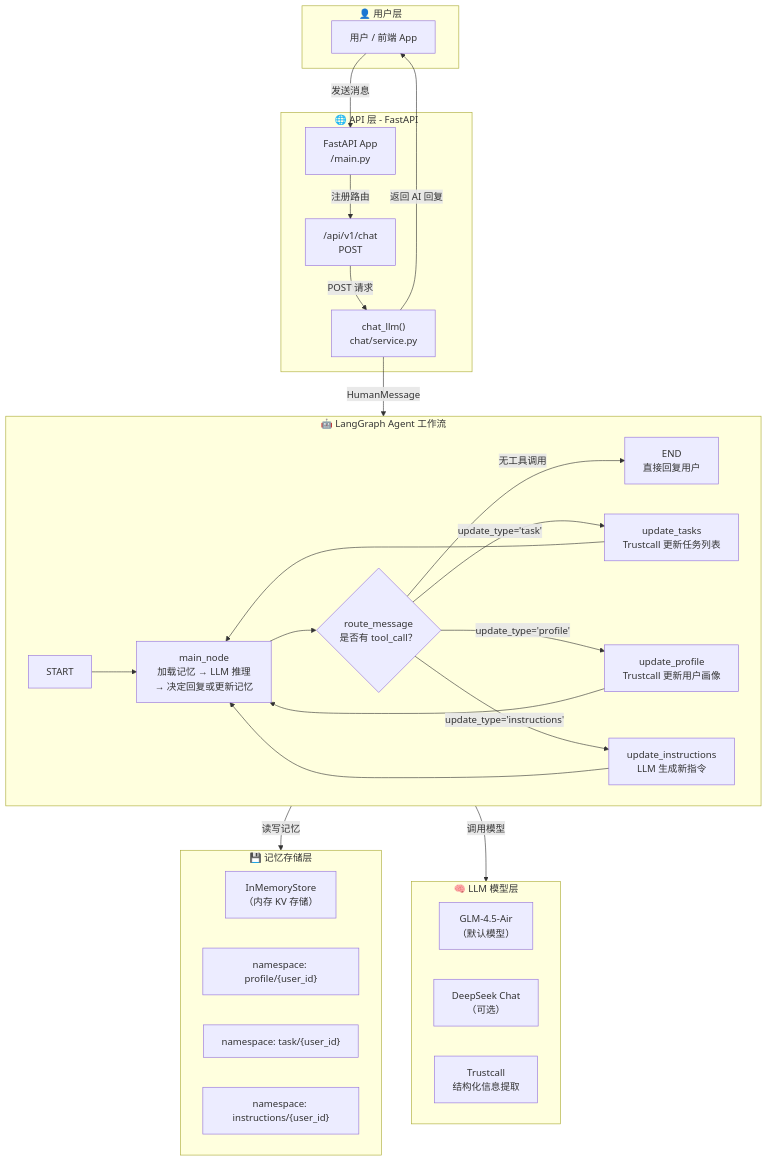
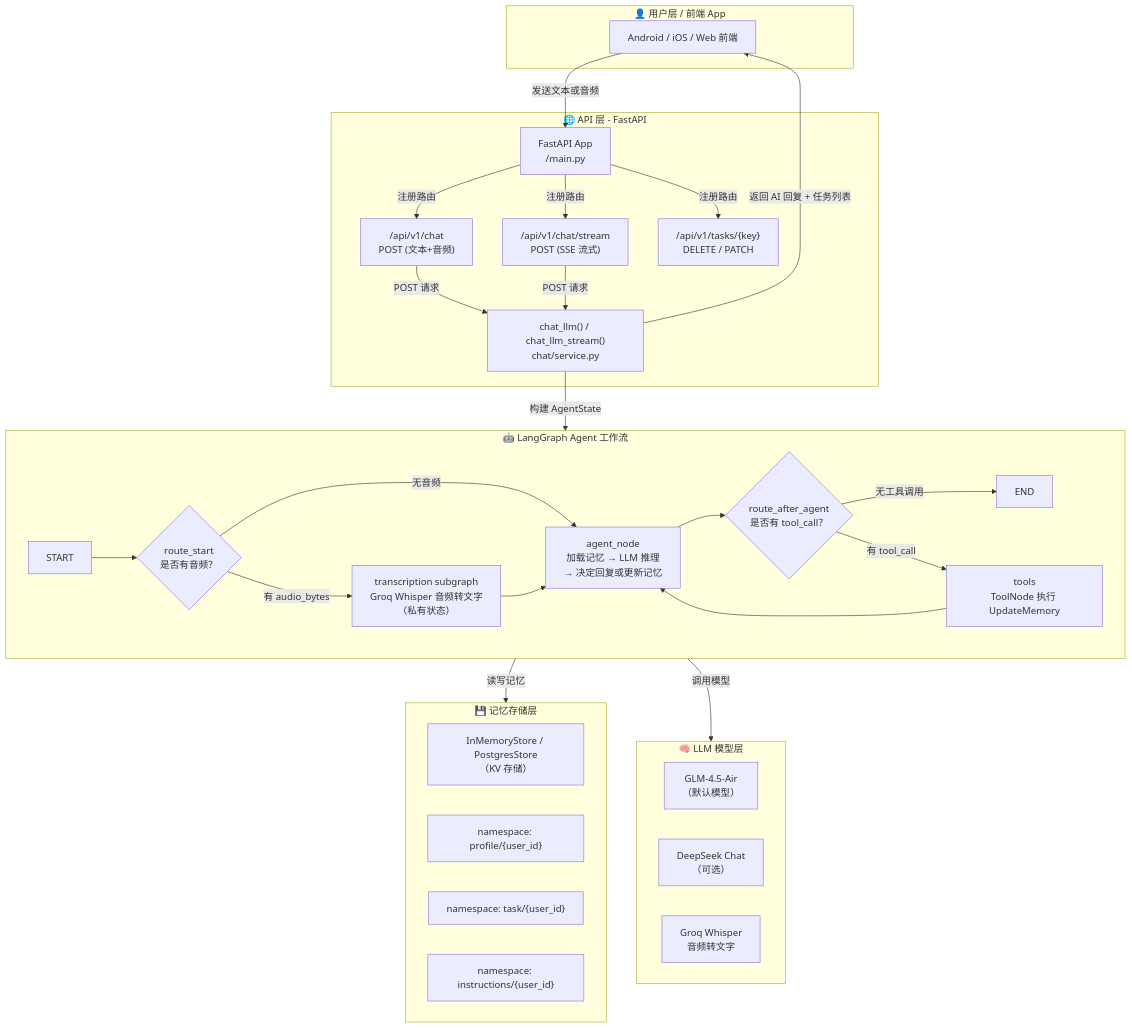
Before and after one commit to Jiangshan2128/langgraph-toolcall-mcp-backend: the diagram in 项目工作流程说明.md, drawn with Mermaid. The commit also changed other lines of this file and 16 other files, not shown here.

Commit message:
add audio transcription

````diff
--- a/项目工作流程说明.md
+++ b/项目工作流程说明.md
@@ -64,48 +68,57 @@
 ```mermaid
 flowchart TB
-    subgraph 用户层["👤 用户层"]
-        User["用户 / 前端 App"]
+    subgraph 用户层["👤 用户层 / 前端 App"]
+        User["Android / iOS / Web 前端"]
     end
 
     subgraph API层["🌐 API 层 - FastAPI"]
         MainRouter["FastAPI App\n/main.py"]
-        ChatRouter["/api/v1/chat\nPOST"]
-        ChatService["chat_llm()\nchat/service.py"]
+        ChatRouter["/api/v1/chat\nPOST (文本+音频)"]
+        ChatRouter2["/api/v1/chat/stream\nPOST (SSE 流式)"]
+        TaskRouter["/api/v1/tasks/{key}\nDELETE / PATCH"]
+        ChatService["chat_llm() / chat_llm_stream()\nchat/service.py"]
     end
 
     subgraph Agent层["🤖 LangGraph Agent 工作流"]
-        START["START"] --> MainNode["main_node\n加载记忆 → LLM 推理\n→ 决定回复或更新记忆"]
-        
-        MainNode --> Route{"route_message\n是否有 tool_call？"}
-        
-        Route -- "无工具调用" --> END["END\n直接回复用户"]
-        Route -- "update_type='task'" --> UpdateTasks["update_tasks\nTrustcall 更新任务列表"]
-        Route -- "update_type='profile'" --> UpdateProfile["update_profile\nTrustcall 更新用户画像"]
-        Route -- "update_type='instructions'" --> UpdateInstructions["update_instructions\nLLM 生成新指令"]
-        
-        UpdateTasks --> MainNode
-        UpdateProfile --> MainNode
-        UpdateInstructions --> MainNode
+        START["START"]
+        RouteStart{"route_start\n是否有音频？"}
+        Transcription["transcription subgraph\nGroq Whisper 音频转文字\n（私有状态）"]
+        AgentNode["agent_node\n加载记忆 → LLM 推理\n→ 决定回复或更新记忆"]
+        RouteAfter{"route_after_agent\n是否有 tool_call？"}
+        ToolsNode["tools\nToolNode 执行 UpdateMemory"]
+        END["END"]
+
+        START --> RouteStart
+        RouteStart -- "有 audio_bytes" --> Transcription
+        RouteStart -- "无音频" --> AgentNode
+        Transcription --> AgentNode
+        AgentNode --> RouteAfter
+        RouteAfter -- "无工具调用" --> END
+        RouteAfter -- "有 tool_call" --> ToolsNode
+        ToolsNode --> AgentNode
     end
 
     subgraph 记忆层["💾 记忆存储层"]
-        MemStore["InMemoryStore\n（内存 KV 存储）"]
+        MemStore["InMemoryStore / PostgresStore\n（KV 存储）"]
         ProfileNS["namespace: profile/{user_id}"]
         TaskNS["namespace: task/{user_id}"]
         InstrNS["namespace: instructions/{user_id}"]
     end
 
     subgraph LLM层["🧠 LLM 模型层"]
         GLM["GLM-4.5-Air\n（默认模型）"]
         DeepSeek["DeepSeek Chat\n（可选）"]
-        Trustcall["Trustcall\n结构化信息提取"]
+        GroqWhisper["Groq Whisper\n音频转文字"]
     end
 
-    User -->|"发送消息"| MainRouter
+    User -->|"发送文本或音频"| MainRouter
     MainRouter -->|"注册路由"| ChatRouter
+    MainRouter -->|"注册路由"| ChatRouter2
+    MainRouter -->|"注册路由"| TaskRouter
     ChatRouter -->|"POST 请求"| ChatService
-    ChatService -->|"HumanMessage"| Agent层
+    ChatRouter2 -->|"POST 请求"| ChatService
+    ChatService -->|"构建 AgentState"| Agent层
     Agent层 -->|"读写记忆"| 记忆层
     Agent层 -->|"调用模型"| LLM层
-    ChatService -->|"返回 AI 回复"| User
+    ChatService -->|"返回 AI 回复 + 任务列表"| User
 ```
````
